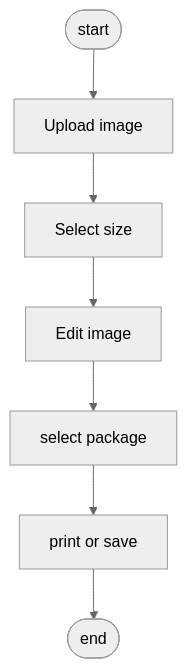
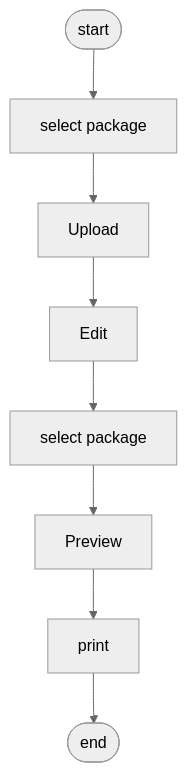
One commit to teodie/Quadrus changed the diagram in documentation/pre_build_requirements/app_flow.md. Above: the diagram before and after it, drawn with Mermaid (neutral theme).

Commit message:
docs: updated the app flow

````diff
--- a/documentation/pre_build_requirements/app_flow.md
+++ b/documentation/pre_build_requirements/app_flow.md
@@ -3,10 +3,11 @@
 ```mermaid
 flowchart TB
 
-step0([start]) --> step1[Upload image]
-step1 --> step2[Select size]
-step2 --> step3[Edit image]
+step0([start]) --> step1[select package]
+step1 --> step2[Upload]
+step2 --> step3[Edit]
 step3 --> step4[select package]
-step4 --> step5[print or save]
-step5 --> stop([end])
+step4 --> step5[Preview]
+step5 --> step6[print]
+step6 --> stop([end])
 ```
````
